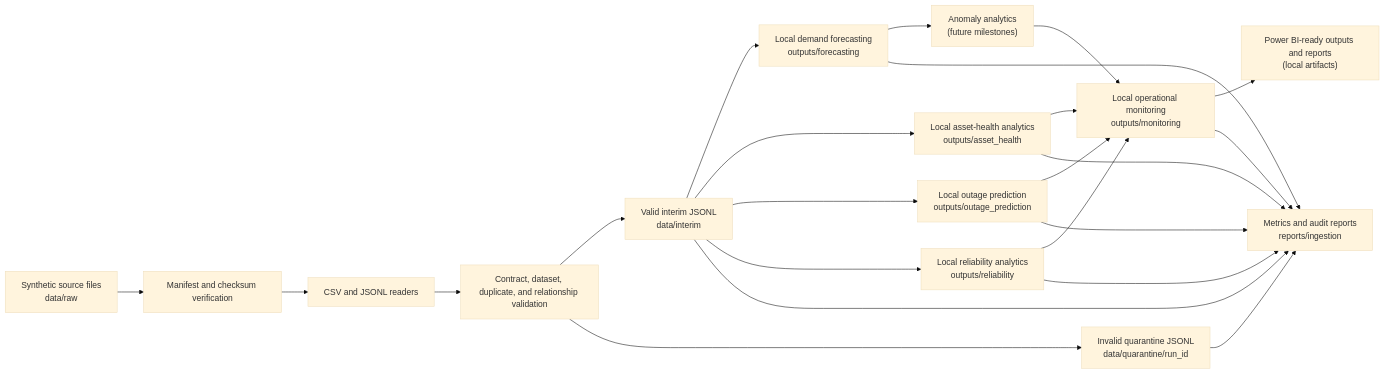
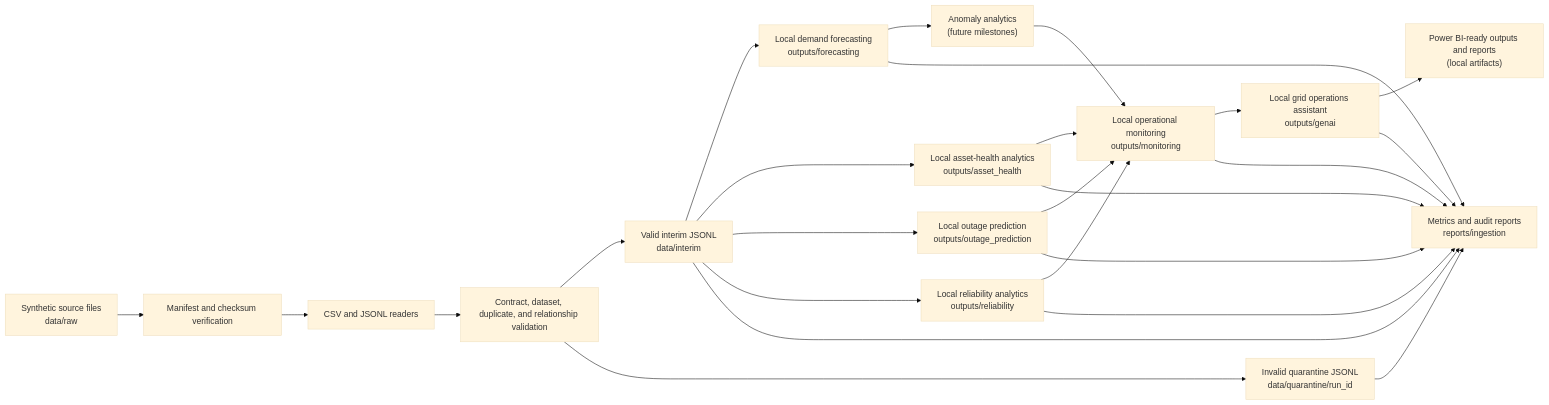
Before and after one commit to Ibraheemolasupogit/azure-grid-reliability-intelligence-platform: the diagram in docs/architecture/data-flow.md, drawn with Mermaid (base theme). The commit also changed other lines of this file and 39 other files, not shown here.

Commit message:
Add grounded grid operations assistant

````diff
--- a/docs/architecture/data-flow.md
+++ b/docs/architecture/data-flow.md
@@ -5,30 +5,32 @@
 ```mermaid
 flowchart LR
     inputs["Synthetic source files<br/>data/raw"]
     manifest["Manifest and checksum verification"]
     ingestion["CSV and JSONL readers"]
     validation["Contract, dataset, duplicate, and relationship validation"]
     interim["Valid interim JSONL<br/>data/interim"]
     quarantine["Invalid quarantine JSONL<br/>data/quarantine/run_id"]
     reports["Metrics and audit reports<br/>reports/ingestion"]
     forecasting["Local demand forecasting<br/>outputs/forecasting"]
     assethealth["Local asset-health analytics<br/>outputs/asset_health"]
     outage["Local outage prediction<br/>outputs/outage_prediction"]
     reliability["Local reliability analytics<br/>outputs/reliability"]
     analytics["Anomaly analytics<br/>(future milestones)"]
     monitoring["Local operational monitoring<br/>outputs/monitoring"]
+    assistant["Local grid operations assistant<br/>outputs/genai"]
     reporting["Power BI-ready outputs and reports<br/>(local artifacts)"]
 
     inputs --> manifest --> ingestion --> validation
-    validation --> interim --> forecasting --> analytics --> monitoring --> reporting
+    validation --> interim --> forecasting --> analytics --> monitoring --> assistant --> reporting
     interim --> assethealth --> monitoring
     interim --> outage --> monitoring
     interim --> reliability --> monitoring
     validation --> quarantine --> reports
     interim --> reports
     forecasting --> reports
     assethealth --> reports
     outage --> reports
     reliability --> reports
     monitoring --> reports
+    assistant --> reports
 ```
````
